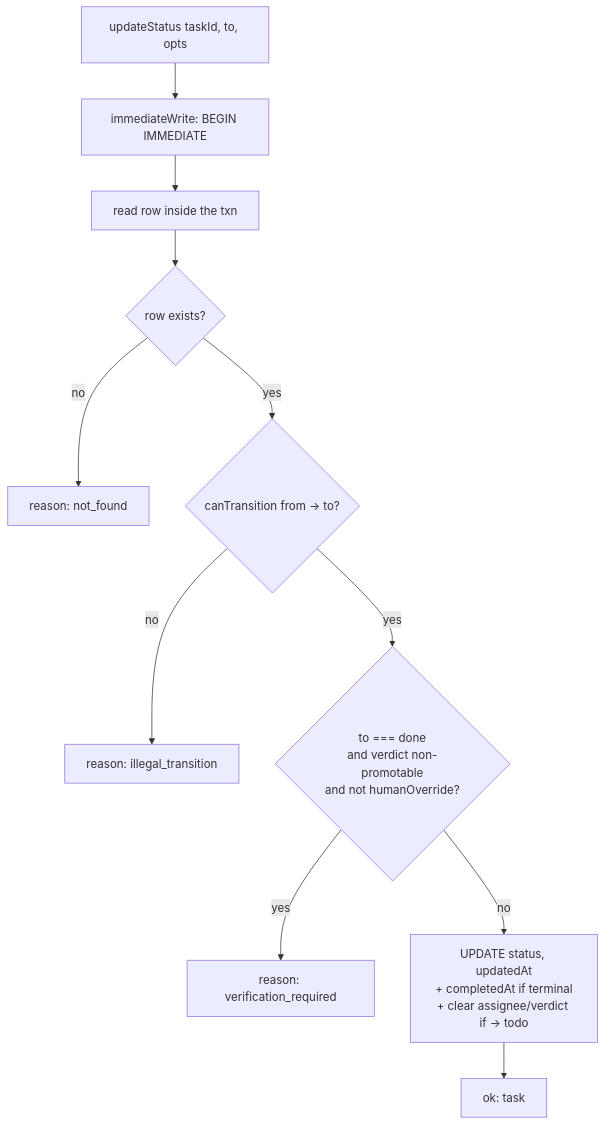
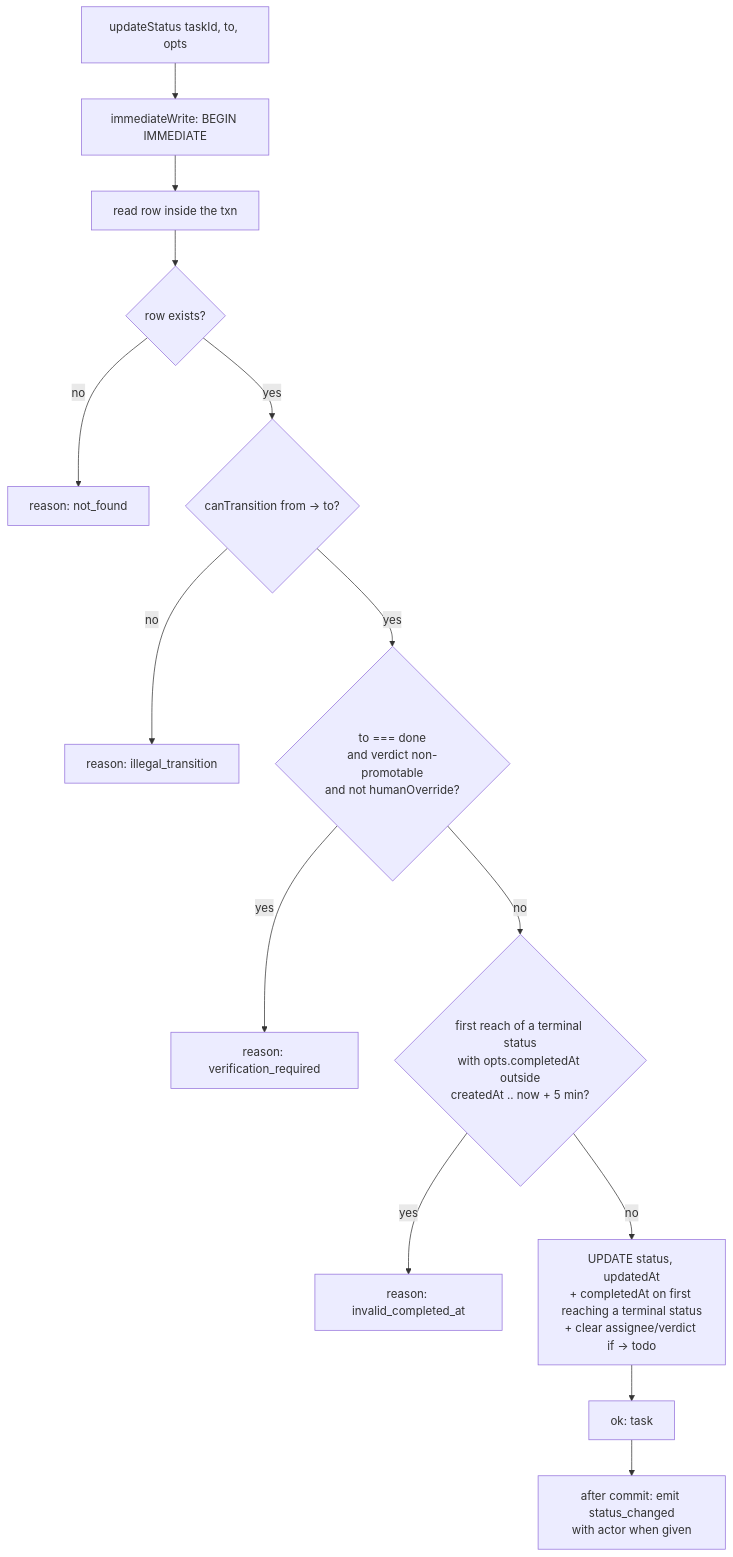
Before and after one commit to clawboo/clawboo: the diagram in docs/internals/board-internals.md, drawn with Mermaid. The commit also changed other lines of this file and 74 other files, not shown here.

````diff
--- a/docs/internals/board-internals.md
+++ b/docs/internals/board-internals.md
@@ -42,13 +42,16 @@
 ```mermaid
 flowchart TD
     A[updateStatus taskId, to, opts] --> B[immediateWrite: BEGIN IMMEDIATE]
     B --> C[read row inside the txn]
     C --> D{row exists?}
     D -->|no| RNF[reason: not_found]
     D -->|yes| E{canTransition from → to?}
     E -->|no| RIL[reason: illegal_transition]
     E -->|yes| F{to === done<br/>and verdict non-promotable<br/>and not humanOverride?}
     F -->|yes| RVR[reason: verification_required]
-    F -->|no| G[UPDATE status, updatedAt<br/>+ completedAt if terminal<br/>+ clear assignee/verdict if → todo]
+    F -->|no| CA{first reach of a terminal status<br/>with opts.completedAt outside<br/>createdAt .. now + 5 min?}
+    CA -->|yes| RCA[reason: invalid_completed_at]
+    CA -->|no| G[UPDATE status, updatedAt<br/>+ completedAt on first reaching a terminal status<br/>+ clear assignee/verdict if → todo]
     G --> H[ok: task]
+    H --> EV[after commit: emit status_changed<br/>with actor when given]
 ```
````
